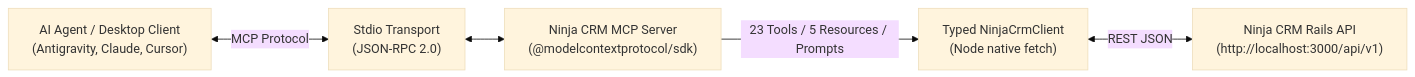
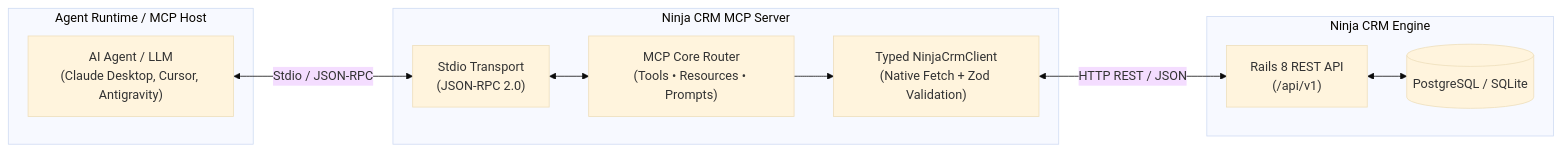
Before and after one commit to leouofa/ninja-crm-mcp: the third of 3 diagrams in README.md, drawn with Mermaid (base theme). The commit also changed other lines of this file, not shown here.

````diff
--- a/README.md
+++ b/README.md
@@ -45,13 +104,23 @@
 ```mermaid
 flowchart LR
-    Client["AI Agent / Desktop Client<br/>(Antigravity, Claude, Cursor)"]
-    Stdio["Stdio Transport<br/>(JSON-RPC 2.0)"]
-    MCPServer["Ninja CRM MCP Server<br/>(@modelcontextprotocol/sdk)"]
-    APIClient["Typed NinjaCrmClient<br/>(Node native fetch)"]
-    NinjaCRM["Ninja CRM Rails API<br/>(http://localhost:3000/api/v1)"]
+    subgraph Host["Agent Runtime / MCP Host"]
+        Client["AI Agent / LLM<br/>(Claude Desktop, Cursor, Antigravity)"]
+    end
 
-    Client <-->|MCP Protocol| Stdio
-    Stdio <--> MCPServer
-    MCPServer -->|23 Tools / 5 Resources / Prompts| APIClient
-    APIClient <-->|REST JSON| NinjaCRM
+    subgraph MCP["Ninja CRM MCP Server"]
+        Transport["Stdio Transport<br/>(JSON-RPC 2.0)"]
+        ServerCore["MCP Core Router<br/>(Tools • Resources • Prompts)"]
+        APIClient["Typed NinjaCrmClient<br/>(Native Fetch + Zod Validation)"]
+    end
+
+    subgraph Rails["Ninja CRM Engine"]
+        REST["Rails 8 REST API<br/>(/api/v1)"]
+        DB[(PostgreSQL / SQLite)]
+    end
+
+    Client <-->|Stdio / JSON-RPC| Transport
+    Transport <--> ServerCore
+    ServerCore --> APIClient
+    APIClient <-->|HTTP REST / JSON| REST
+    REST <--> DB
 ```
````
